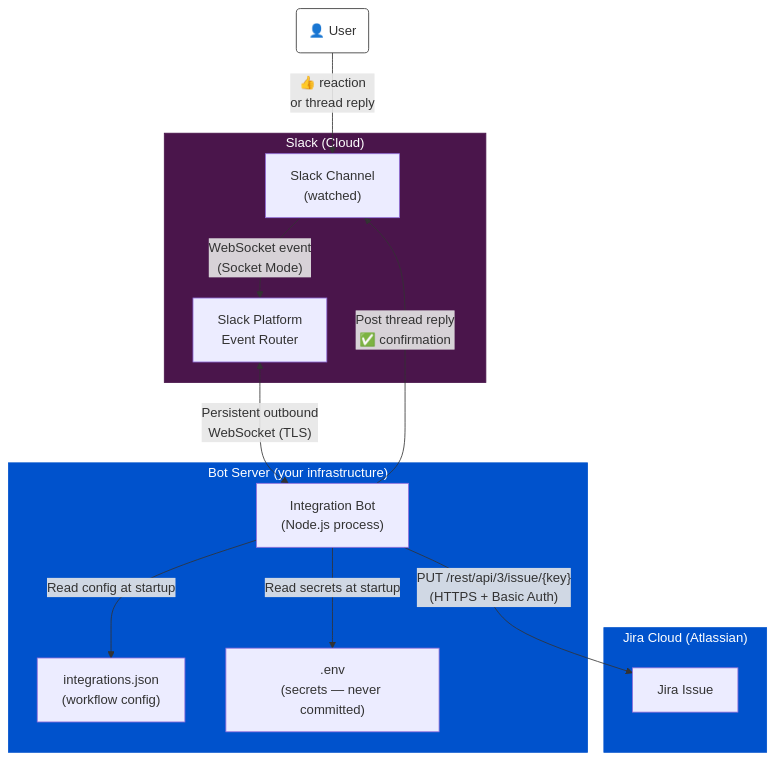
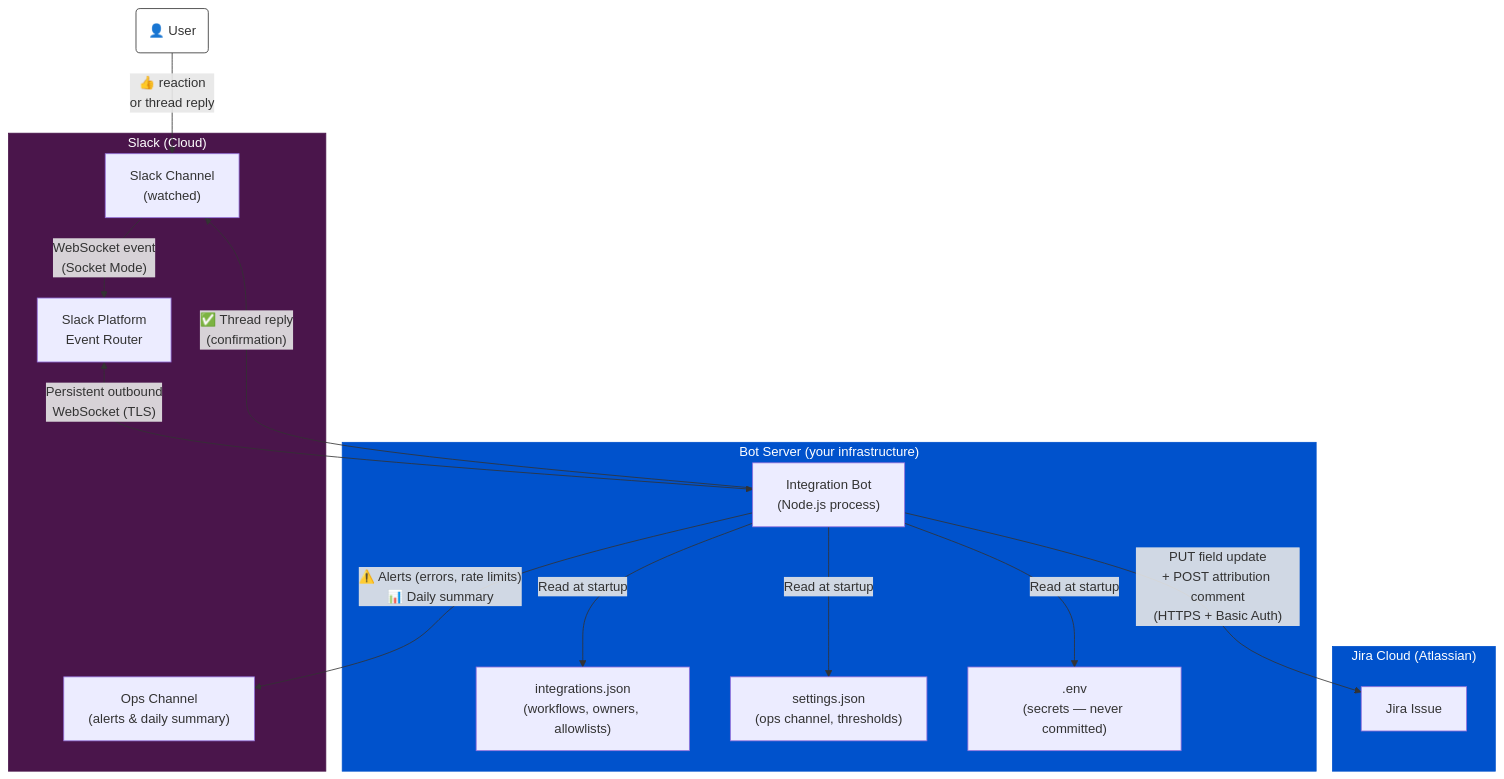
The first of 2 diagrams in docs/architecture.md (omerm55/mySlackAgent), drawn with Mermaid before and after one commit. The commit also changed other lines of this file, not shown here.

First line of the commit message:
docs: update architecture doc to reflect all production readiness changes

````diff
--- a/docs/architecture.md
+++ b/docs/architecture.md
@@ -5,30 +5,34 @@
 ```mermaid
 graph TB
     subgraph SLACK["Slack (Cloud)"]
         SC["Slack Channel\n(watched)"]
+        OC["Ops Channel\n(alerts & daily summary)"]
         SP["Slack Platform\nEvent Router"]
     end
 
     subgraph SERVER["Bot Server (your infrastructure)"]
         BOT["Integration Bot\n(Node.js process)"]
-        CFG["integrations.json\n(workflow config)"]
+        CFG["integrations.json\n(workflows, owners, allowlists)"]
+        SET["settings.json\n(ops channel, thresholds)"]
         ENV[".env\n(secrets — never committed)"]
     end
 
     subgraph JIRA["Jira Cloud (Atlassian)"]
         JI["Jira Issue"]
     end
 
     U1("👤 User") -->|"👍 reaction\nor thread reply"| SC
     SC -->|"WebSocket event\n(Socket Mode)"| SP
     SP <-->|"Persistent outbound\nWebSocket (TLS)"| BOT
-    BOT -->|"Read config at startup"| CFG
-    BOT -->|"Read secrets at startup"| ENV
-    BOT -->|"PUT /rest/api/3/issue/{key}\n(HTTPS + Basic Auth)"| JI
-    BOT -->|"Post thread reply\n✅ confirmation"| SC
+    BOT -->|"Read at startup"| CFG
+    BOT -->|"Read at startup"| SET
+    BOT -->|"Read at startup"| ENV
+    BOT -->|"PUT field update\n+ POST attribution comment\n(HTTPS + Basic Auth)"| JI
+    BOT -->|"✅ Thread reply\n(confirmation)"| SC
+    BOT -->|"⚠️ Alerts (errors, rate limits)\n📊 Daily summary"| OC
 
     style SLACK fill:#4A154B,color:#fff,stroke:#4A154B
     style SERVER fill:#0052CC,color:#fff,stroke:#0052CC
     style JIRA fill:#0052CC,color:#fff,stroke:#0052CC
     style U1 fill:#fff,stroke:#333
 ```
````
